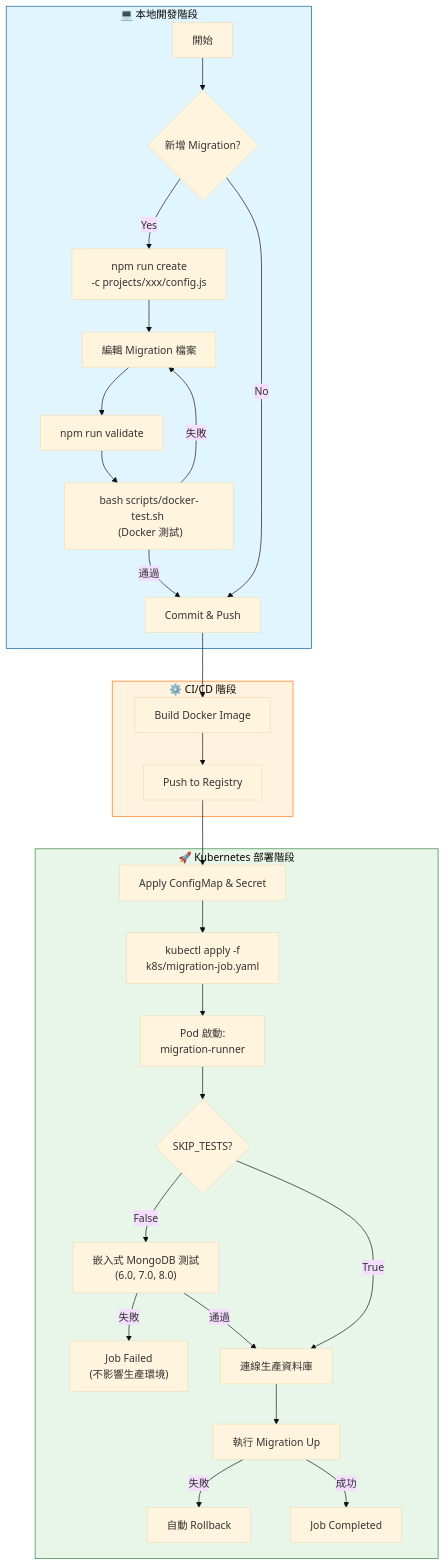
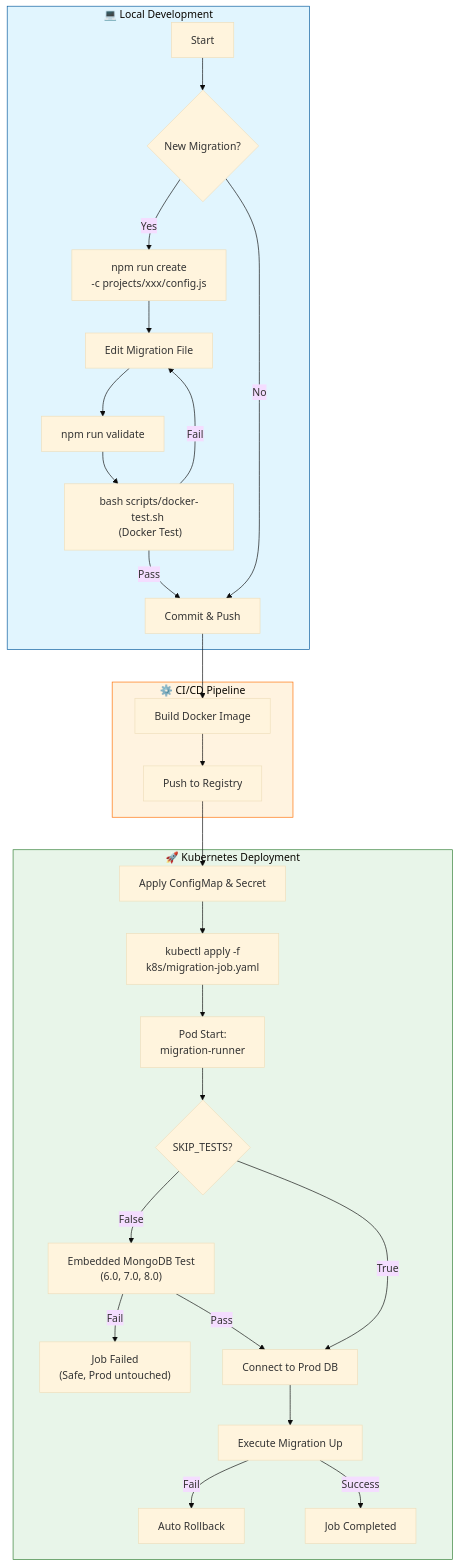
The diagram in USAGE.md (i7ppBeer/db-migrate), drawn with Mermaid (base theme) before and after one commit. The commit also changed other lines of this file and 39 other files, not shown here.

````diff
--- a/USAGE.md
+++ b/USAGE.md
@@ -7,39 +7,39 @@
 ```mermaid
 flowchart TD
-    subgraph Development ["💻 本地開發階段"]
-        A["開始"] --> B{"新增 Migration?"}
+    subgraph Development ["💻 Local Development"]
+        A["Start"] --> B{"New Migration?"}
         B -- Yes --> C["npm run create <br/> -c projects/xxx/config.js"]
-        C --> D["編輯 Migration 檔案"]
+        C --> D["Edit Migration File"]
         D --> E["npm run validate"]
-        E --> F["bash scripts/docker-test.sh <br/> (Docker 測試)"]
-        F -- 失敗 --> D
-        F -- 通過 --> G["Commit & Push"]
+        E --> F["bash scripts/docker-test.sh <br/> (Docker Test)"]
+        F -- Fail --> D
+        F -- Pass --> G["Commit & Push"]
         B -- No --> G
     end
 
-    subgraph CI_CD ["⚙️ CI/CD 階段"]
+    subgraph CI_CD ["⚙️ CI/CD Pipeline"]
         G --> H["Build Docker Image"]
         H --> I["Push to Registry"]
     end
 
-    subgraph Deployment ["🚀 Kubernetes 部署階段"]
+    subgraph Deployment ["🚀 Kubernetes Deployment"]
         I --> J["Apply ConfigMap & Secret"]
         J --> K["kubectl apply -f <br/> k8s/migration-job.yaml"]
         
-        K --> L["Pod 啟動: <br/> migration-runner"]
+        K --> L["Pod Start: <br/> migration-runner"]
         
         L --> M{"SKIP_TESTS?"}
-        M -- False --> N["嵌入式 MongoDB 測試 <br/> (6.0, 7.0, 8.0)"]
-        N -- 失敗 --> O["Job Failed <br/> (不影響生產環境)"]
-        N -- 通過 --> P["連線生產資料庫"]
+        M -- False --> N["Embedded MongoDB Test <br/> (6.0, 7.0, 8.0)"]
+        N -- Fail --> O["Job Failed <br/> (Safe, Prod untouched)"]
+        N -- Pass --> P["Connect to Prod DB"]
         M -- True --> P
         
-        P --> Q["執行 Migration Up"]
-        Q -- 失敗 --> R["自動 Rollback"]
-        Q -- 成功 --> S["Job Completed"]
+        P --> Q["Execute Migration Up"]
+        Q -- Fail --> R["Auto Rollback"]
+        Q -- Success --> S["Job Completed"]
     end
 
     style Development fill:#e1f5fe,stroke:#01579b
     style CI_CD fill:#fff3e0,stroke:#ff6f00
     style Deployment fill:#e8f5e9,stroke:#2e7d32
 ```
````
